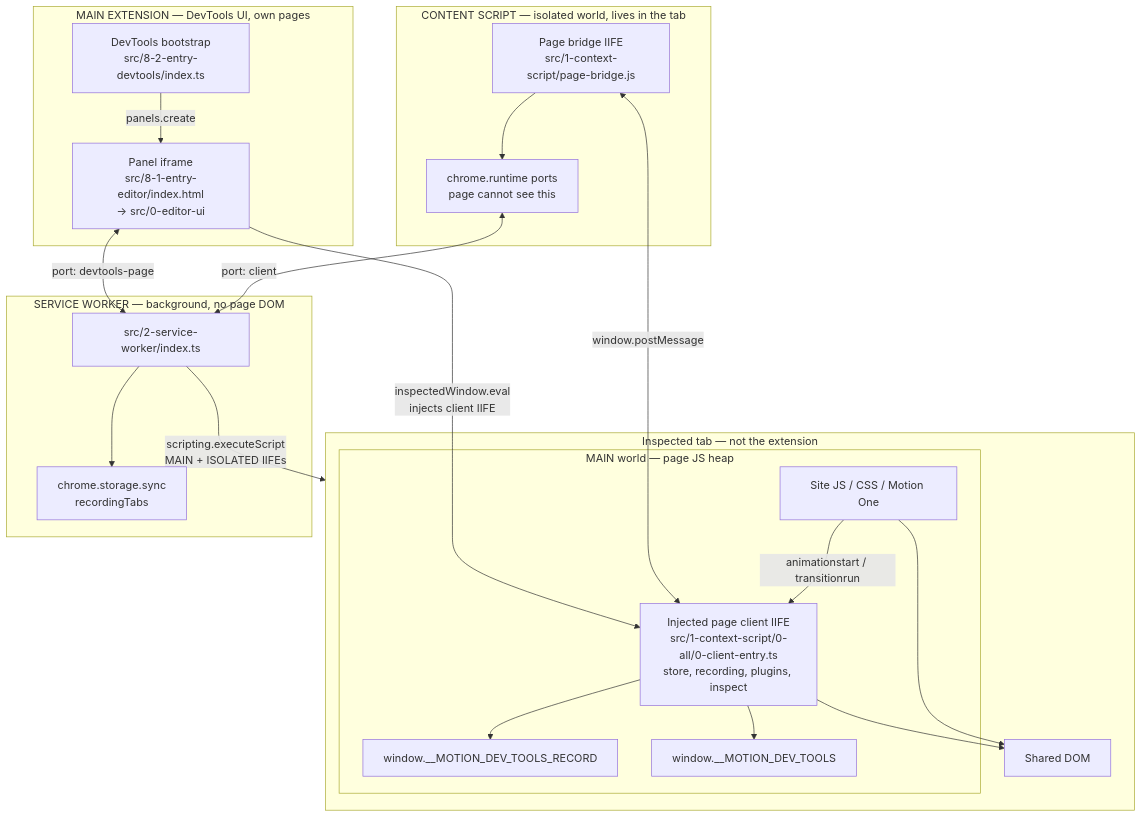
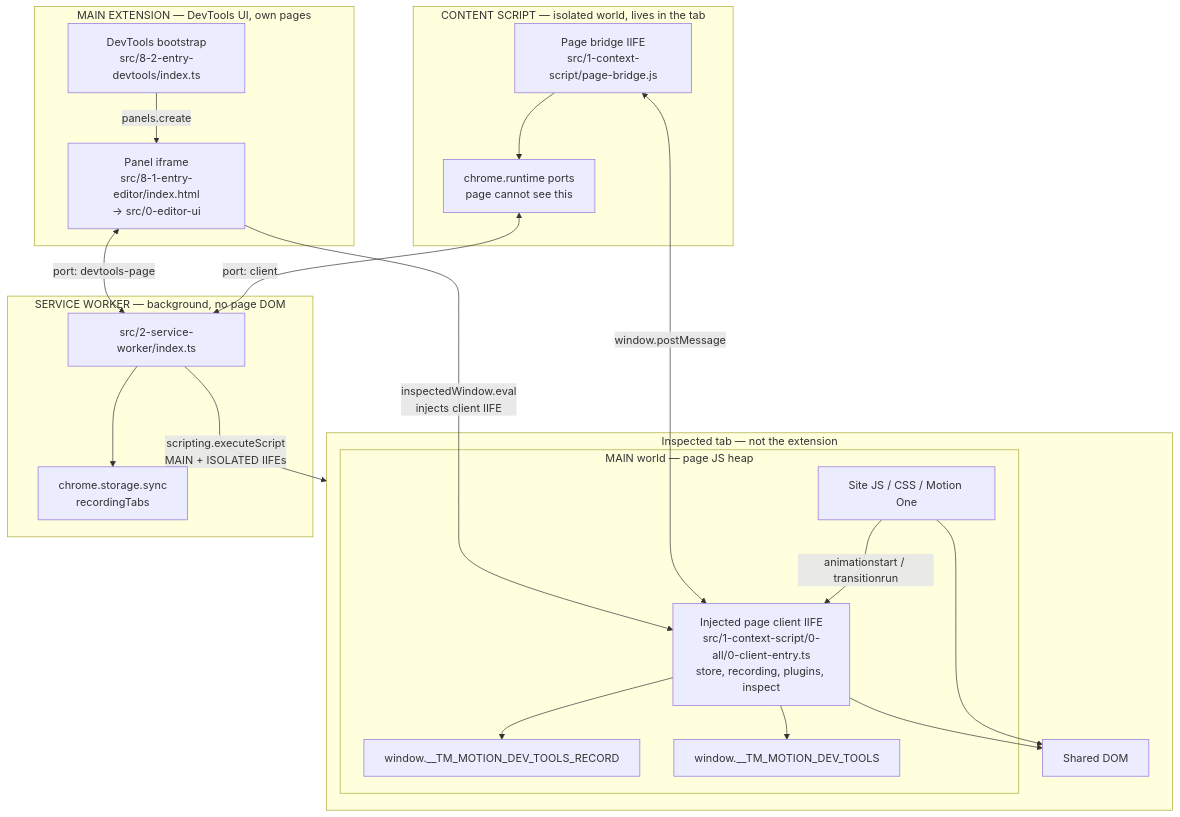
One commit to maxzz/transitions-chrome changed the first of 3 diagrams in assets/docs/2026.09.12.26, 2, extension_worlds.md. Above: the diagram before and after it, drawn with Mermaid. The commit also changed other lines of this file and 12 other files, not shown here.

````diff
--- a/assets/docs/2026.09.12.26, 2, extension_worlds.md
+++ b/assets/docs/2026.09.12.26, 2, extension_worlds.md
@@ -11,41 +11,41 @@
 ```mermaid
 flowchart TB
   subgraph InspectedTab["Inspected tab — not the extension"]
     subgraph MainWorld["MAIN world — page JS heap"]
       SiteJS["Site JS / CSS / Motion One"]
       Client["Injected page client IIFE<br/>src/1-context-script/0-all/0-client-entry.ts<br/>store, recording, plugins, inspect"]
-      Hook["window.__MOTION_DEV_TOOLS_RECORD"]
-      Flags["window.__MOTION_DEV_TOOLS"]
+      Hook["window.__TM_MOTION_DEV_TOOLS_RECORD"]
+      Flags["window.__TM_MOTION_DEV_TOOLS"]
       SiteJS -->|"animationstart / transitionrun"| Client
       Client --> Hook
       Client --> Flags
     end
     DOM["Shared DOM"]
     SiteJS --> DOM
     Client --> DOM
   end
 
   subgraph ContentScript["CONTENT SCRIPT — isolated world, lives in the tab"]
     Bridge["Page bridge IIFE<br/>src/1-context-script/page-bridge.js"]
     IsolatedChrome["chrome.runtime ports<br/>page cannot see this"]
     Bridge --> IsolatedChrome
   end
 
   subgraph ServiceWorker["SERVICE WORKER — background, no page DOM"]
     SW["src/2-service-worker/index.ts"]
     Storage["chrome.storage.sync<br/>recordingTabs"]
     SW --> Storage
   end
 
   subgraph MainExtension["MAIN EXTENSION — DevTools UI, own pages"]
     DT["DevTools bootstrap<br/>src/8-2-entry-devtools/index.ts"]
     Editor["Panel iframe<br/>src/8-1-entry-editor/index.html<br/>→ src/0-editor-ui"]
     DT -->|"panels.create"| Editor
   end
 
   Bridge <-->|"window.postMessage"| Client
   IsolatedChrome <-->|"port: client"| SW
   Editor <-->|"port: devtools-page"| SW
   Editor -->|"inspectedWindow.eval<br/>injects client IIFE"| Client
   SW -->|"scripting.executeScript<br/>MAIN + ISOLATED IIFEs"| InspectedTab
 ```
````
